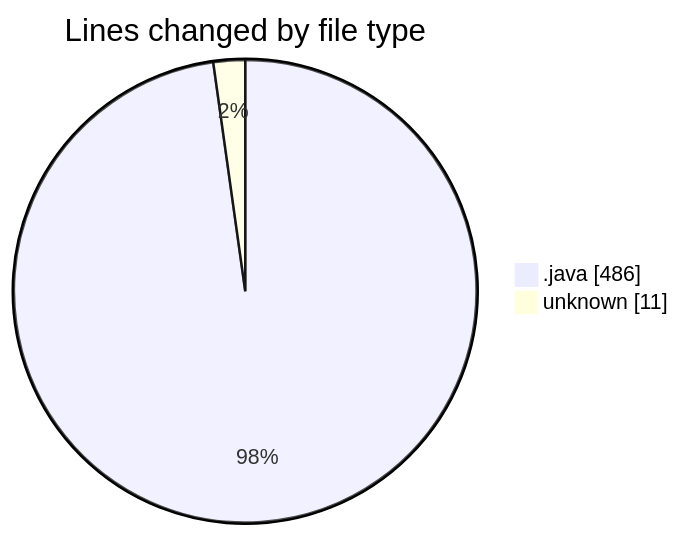
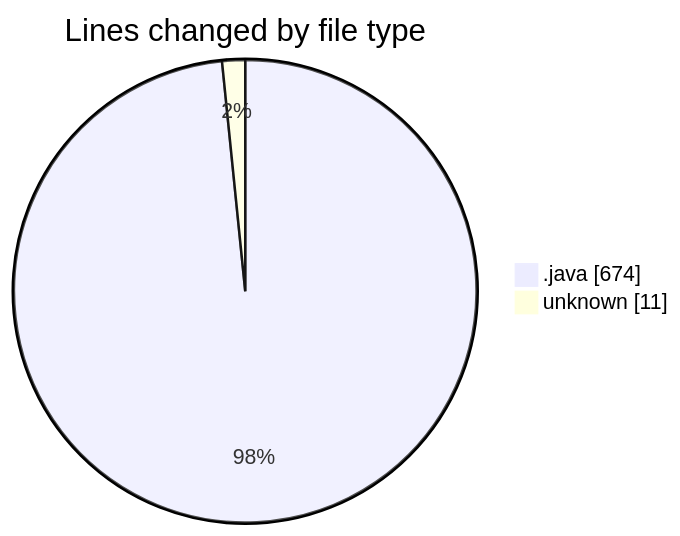
One commit to ricardozamudiocil/code-tracking changed the first of 2 diagrams in 2026-04-27/cilapp/README.md. Above: the diagram before and after it, drawn with Mermaid. The commit also changed other lines of this file and 1 other file, not shown here.

````diff
--- a/2026-04-27/cilapp/README.md
+++ b/2026-04-27/cilapp/README.md
@@ -22,6 +22,6 @@
 ```mermaid
 pie showData
 title Lines changed by file type
-".java" : 486
+".java" : 674
 "unknown" : 11
 ```
````
